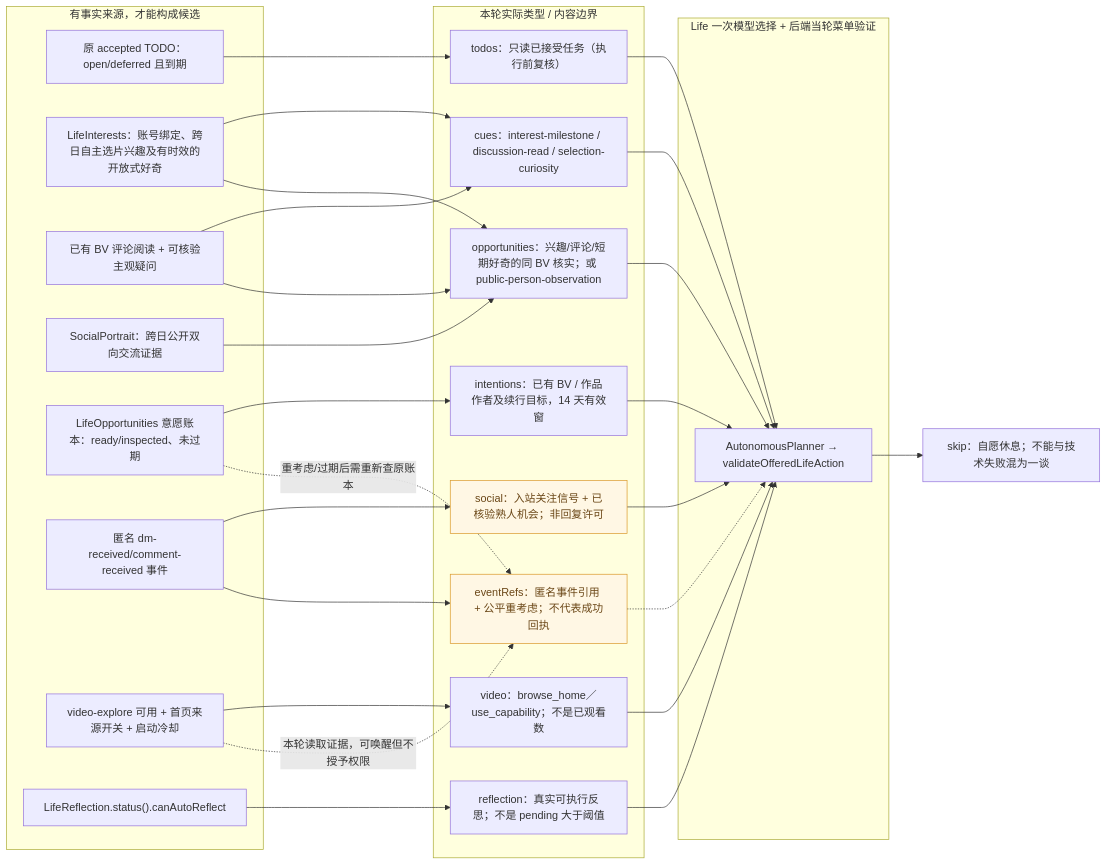
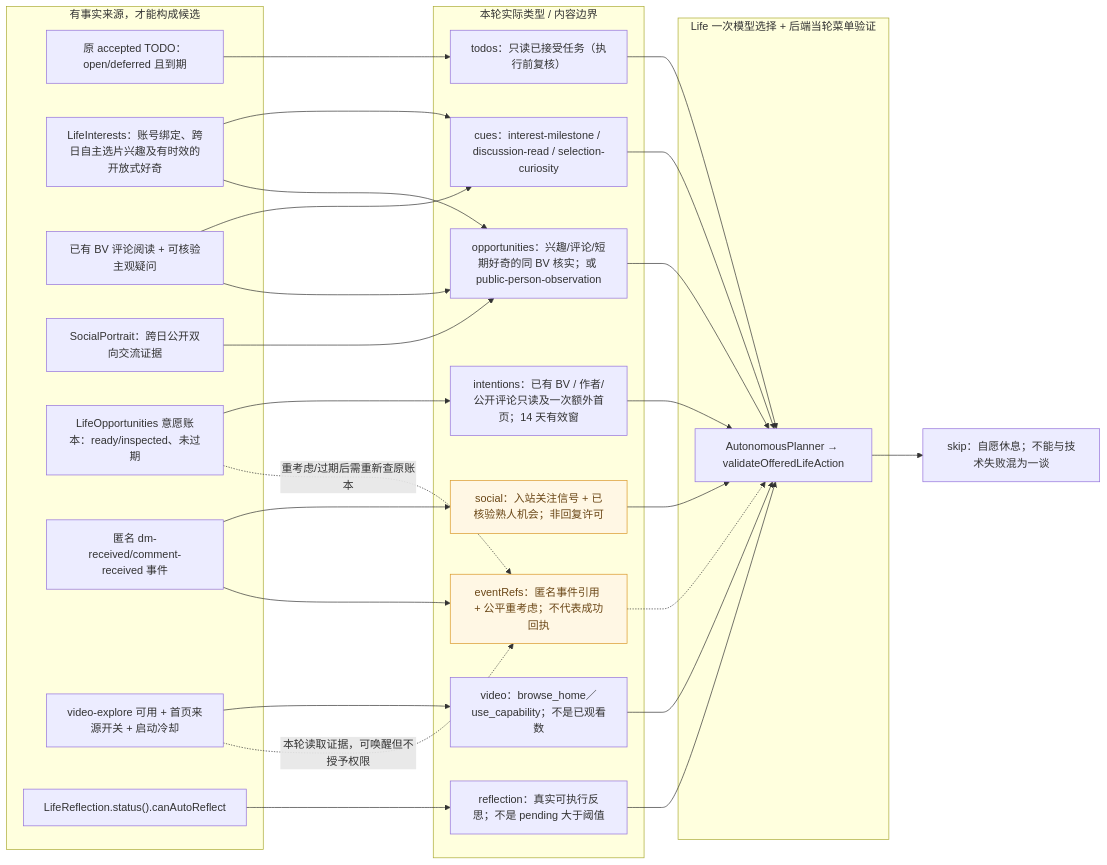
Before and after one commit to minedalang/dsh-dafeiyu-life: the diagram in docs/architecture/diagrams/life-candidates-current.mmd, drawn with Mermaid. The commit also changed 23 other files, not shown here.

```diff
--- a/docs/architecture/diagrams/life-candidates-current.mmd
+++ b/docs/architecture/diagrams/life-candidates-current.mmd
@@ -1,63 +1,65 @@
 %% 生活候选细目字典：这是当前项目的真实 schema 类型/选择约束，不是泛化的 AI 心理推演。
 flowchart LR
   subgraph inputs["有事实来源，才能构成候选"]
     sourceTodo["原 accepted TODO：open/deferred 且到期"]
     sourceInterest["LifeInterests：账号绑定、跨日自主选片兴趣及有时效的开放式好奇"]
     sourceDiscussion["已有 BV 评论阅读 + 可核验主观疑问"]
     sourcePerson["SocialPortrait：跨日公开双向交流证据"]
     sourceLife["LifeOpportunities 意愿账本：ready/inspected、未过期"]
     sourceSocial["匿名 dm-received/comment-received 事件"]
     sourceVideo["video-explore 可用 + 首页来源开关 + 启动冷却"]
     sourceReflect["LifeReflection.status().canAutoReflect"]
   end
   subgraph candidates["本轮实际类型 / 内容边界"]
     todos["todos：只读已接受任务（执行前复核）"]
     cues["cues：interest-milestone / discussion-read / selection-curiosity"]
     opportunities["opportunities：兴趣/评论/短期好奇的同 BV 核实；或 public-person-observation"]
-    intentions["intentions：已有 BV / 作品作者及续行目标，14 天有效窗"]
+    intentions["intentions：已有 BV / 作者/公开评论只读及一次额外首页；14 天有效窗"]
     social["social：入站关注信号 + 已核验熟人机会；非回复许可"]
     video["video：browse_home／use_capability；不是已观看数"]
     reflection["reflection：真实可执行反思；不是 pending 大于阈值"]
     eventRefs["eventRefs：匿名事件引用 + 公平重考虑；不代表成功回执"]
   end
   sourceTodo --> todos
   sourceInterest --> cues
   sourceDiscussion --> cues
   sourceInterest --> opportunities
   sourceDiscussion --> opportunities
   sourcePerson --> opportunities
   sourceLife --> intentions
   sourceSocial --> social
   sourceVideo --> video
   sourceReflect --> reflection
   sourceSocial --> eventRefs
   sourceVideo -.->|本轮读取证据，可唤醒但不授予权限| eventRefs
   sourceLife -.->|重考虑/过期后需重新查原账本| eventRefs
   subgraph choice["Life 一次模型选择 + 后端当轮菜单验证"]
     planner["AutonomousPlanner → validateOfferedLifeAction"]
   end
   todos --> planner
   cues --> planner
   opportunities --> planner
   intentions --> planner
   social --> planner
   video --> planner
   reflection --> planner
   eventRefs -.-> planner
   rest["skip：自愿休息；不能与技术失败混为一谈"]
   planner --> rest
   classDef partial fill:#fff7e4,stroke:#d99727,color:#6b4717
   class social,eventRefs partial
 
 %% @code todos | lib/owner-todos.mjs | export const READ_TODO_TYPES
 %% @code cues | lib/life-opportunities.mjs | const explorationCues=
 %% @code opportunities | lib/life-opportunities.mjs | export function deriveDiscussionOpportunities
 %% @code intentions | lib/life-opportunities.mjs | const intentions=
 %% @code social | lib/life-agent-events.mjs | const TYPES=new Set
 %% @code video | lib/autonomous-planner.mjs | if(homeEnabled&&lifeSkills.some
 %% @code reflection | lib/life-reflection.mjs | canAutoReflect
 %% @code eventRefs | lib/life-agent-events.mjs | export const lifeEventDebugRef
 %% @code planner | lib/autonomous-planner.mjs | export function validateOfferedLifeAction
 
 %% dev.33 maintenance: selection-curiosity from account-tagged verified selected BV only;
 %% no free-form title search, no automatic outbound approval.
+
+%% dev.35: Episode 的写入不是默认终点；需实际只读或主动休息 + 冷却后才能再写，仍无新权限。
```
